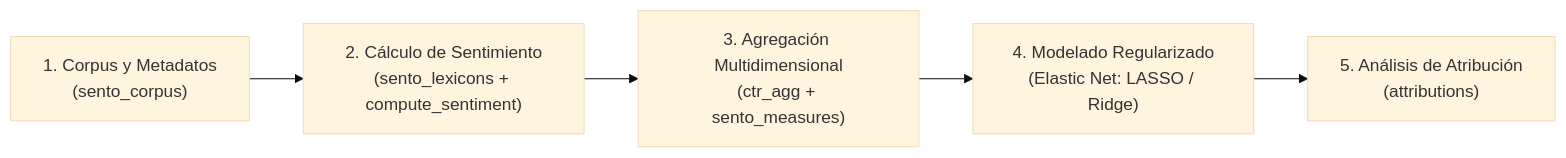
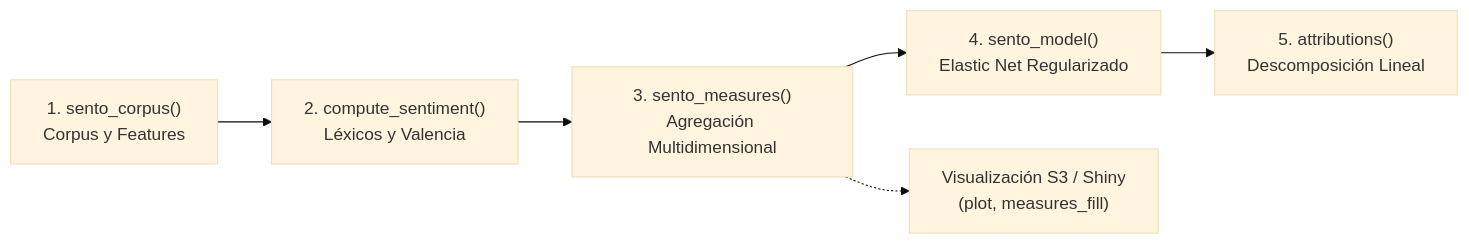
Before and after one commit to juanjo-edm/Repo_Entrega_Final_Taller_R: the diagram in docs/sentometrics/README.md, drawn with Mermaid (base theme). The commit also changed other lines of this file and 20 other files, not shown here.

````diff
--- a/docs/sentometrics/README.md
+++ b/docs/sentometrics/README.md
@@ -34,7 +30,8 @@
 ```mermaid
 flowchart LR
-    A["1. Corpus y Metadatos<br/>(sento_corpus)"] --> B["2. Cálculo de Sentimiento<br/>(sento_lexicons + compute_sentiment)"]
-    B --> C["3. Agregación Multidimensional<br/>(ctr_agg + sento_measures)"]
-    C --> D["4. Modelado Regularizado<br/>(Elastic Net: LASSO / Ridge)"]
-    D --> E["5. Análisis de Atribución<br/>(attributions)"]
+    A["1. sento_corpus()<br/>Corpus y Features"] --> B["2. compute_sentiment()<br/>Léxicos y Valencia"]
+    B --> C["3. sento_measures()<br/>Agregación Multidimensional"]
+    C --> D["4. sento_model()<br/>Elastic Net Regularizado"]
+    D --> E["5. attributions()<br/>Descomposición Lineal"]
+    C -.-> F["Visualización S3 / Shiny<br/>(plot, measures_fill)"]
 ```
````
